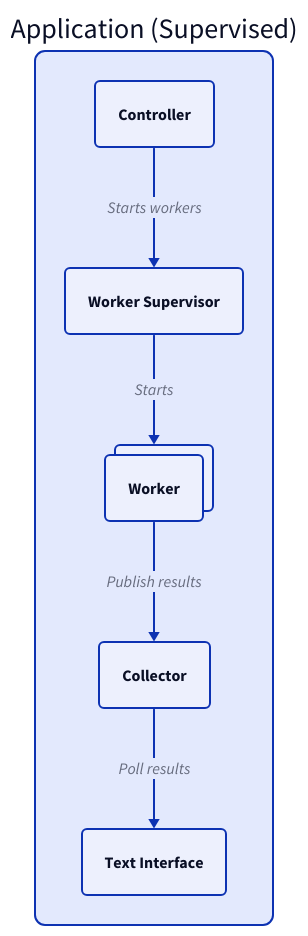
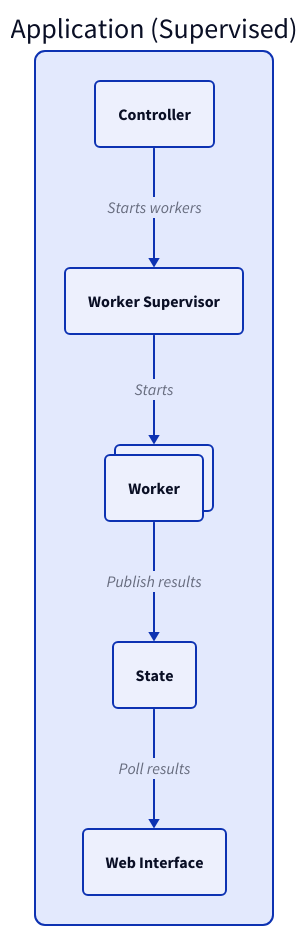
One commit to lunjon/blast changed the diagram in docs/application.d2. Above: the diagram before and after it, drawn with D2. The commit also changed 26 other files, not shown here.

```diff
--- a/docs/application.d2
+++ b/docs/application.d2
@@ -1,43 +1,43 @@
 direction: down
 
 classes: {
   module: {
     style: {
       border-radius: 5
     }
   }
 }
 
 application: Application (Supervised) {
   style: {
     border-radius: 10
   }
 
   worker-supervisor: Worker Supervisor {
     class: module
   }
 
   worker: Worker {
     class: module
     style: {
       multiple: true
     }
   }
 
   controller: Controller {
     class: module
   }
 
-  collector: Collector {
+  appstate: State {
     class: module
   }
 
-  tui: Text Interface {
+  web: Web Interface {
     class: module
   }
 
   controller -> worker-supervisor: Starts workers
   worker-supervisor -> worker: Starts
-  worker -> collector: Publish results
-  tui <- collector: Poll results
+  worker -> appstate: Publish results
+  web <- appstate: Poll results
 }
```
